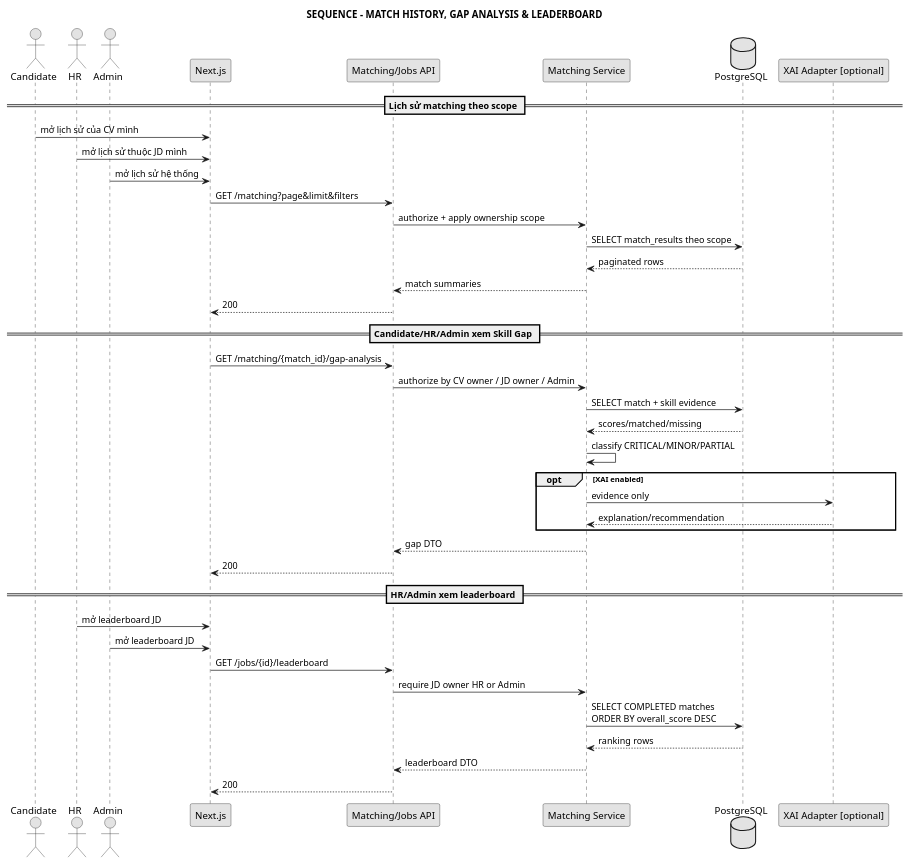
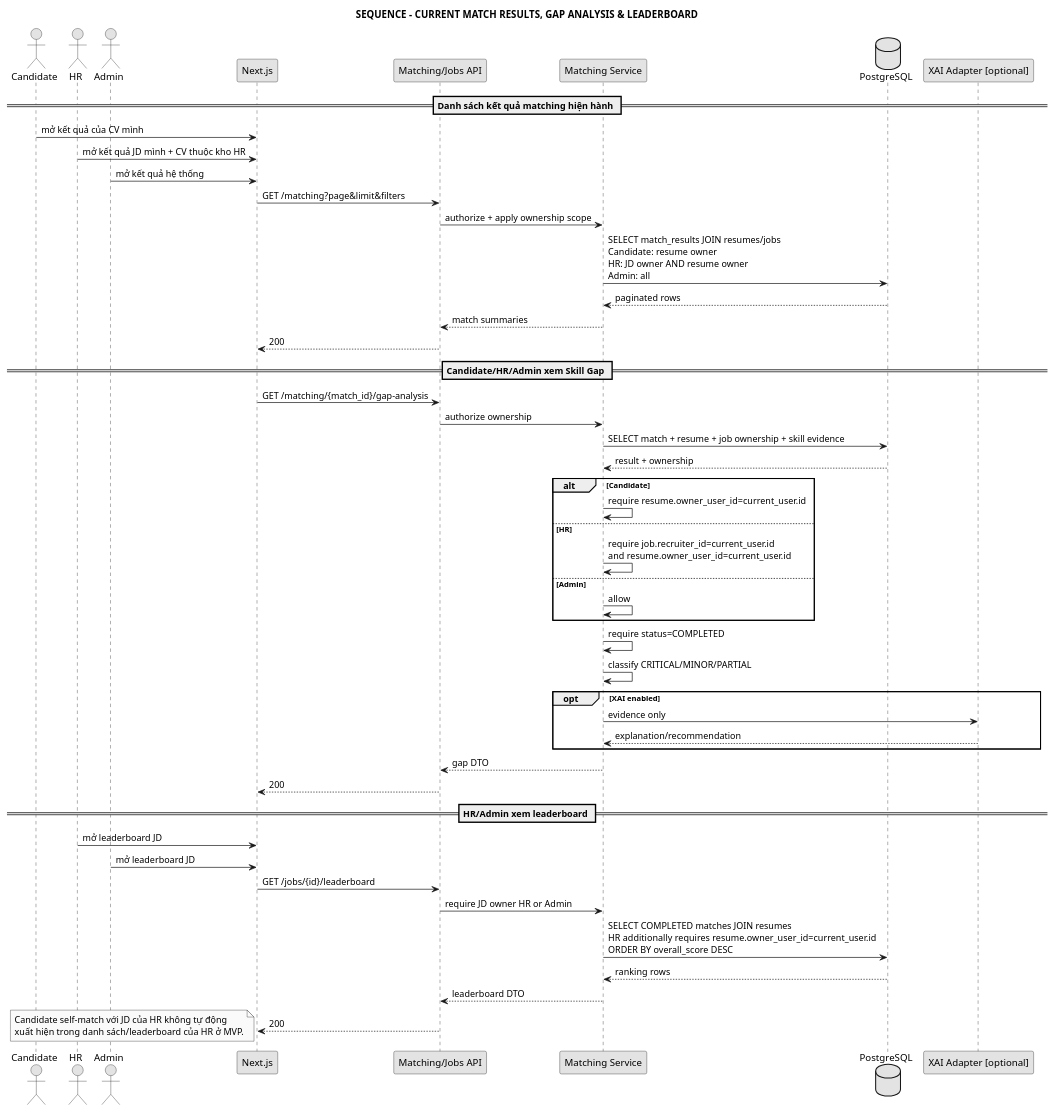
The diagram in docs/04_sequence/seq_gap_leaderboard.puml (anh632k-ui/WebCVUngVienTuyenDung), drawn with PlantUML before and after one commit.

Commit message:
fix(pttk): enforce match privacy in result and leaderboard sequence

```diff
--- a/docs/04_sequence/seq_gap_leaderboard.puml
+++ b/docs/04_sequence/seq_gap_leaderboard.puml
@@ -1,50 +1,63 @@
 @startuml
 skinparam monochrome true
 skinparam shadowing false
 
-title SEQUENCE - MATCH HISTORY, GAP ANALYSIS & LEADERBOARD
+title SEQUENCE - CURRENT MATCH RESULTS, GAP ANALYSIS & LEADERBOARD
 
 actor Candidate
 actor HR
 actor Admin
 participant "Next.js" as FE
 participant "Matching/Jobs API" as API
 participant "Matching Service" as Service
 database "PostgreSQL" as DB
 participant "XAI Adapter [optional]" as XAI
 
-== Lịch sử matching theo scope ==
-Candidate -> FE : mở lịch sử của CV mình
-HR -> FE : mở lịch sử thuộc JD mình
-Admin -> FE : mở lịch sử hệ thống
+== Danh sách kết quả matching hiện hành ==
+Candidate -> FE : mở kết quả của CV mình
+HR -> FE : mở kết quả JD mình + CV thuộc kho HR
+Admin -> FE : mở kết quả hệ thống
 FE -> API : GET /matching?page&limit&filters
 API -> Service : authorize + apply ownership scope
-Service -> DB : SELECT match_results theo scope
+Service -> DB : SELECT match_results JOIN resumes/jobs\nCandidate: resume owner\nHR: JD owner AND resume owner\nAdmin: all
 DB --> Service : paginated rows
 Service --> API : match summaries
 API --> FE : 200
 
 == Candidate/HR/Admin xem Skill Gap ==
 FE -> API : GET /matching/{match_id}/gap-analysis
-API -> Service : authorize by CV owner / JD owner / Admin
-Service -> DB : SELECT match + skill evidence
-DB --> Service : scores/matched/missing
+API -> Service : authorize ownership
+Service -> DB : SELECT match + resume + job ownership + skill evidence
+DB --> Service : result + ownership
+alt Candidate
+  Service -> Service : require resume.owner_user_id=current_user.id
+else HR
+  Service -> Service : require job.recruiter_id=current_user.id\nand resume.owner_user_id=current_user.id
+else Admin
+  Service -> Service : allow
+end
+Service -> Service : require status=COMPLETED
 Service -> Service : classify CRITICAL/MINOR/PARTIAL
 opt XAI enabled
   Service -> XAI : evidence only
   XAI --> Service : explanation/recommendation
 end
 Service --> API : gap DTO
 API --> FE : 200
 
 == HR/Admin xem leaderboard ==
 HR -> FE : mở leaderboard JD
 Admin -> FE : mở leaderboard JD
 FE -> API : GET /jobs/{id}/leaderboard
 API -> Service : require JD owner HR or Admin
-Service -> DB : SELECT COMPLETED matches\nORDER BY overall_score DESC
+Service -> DB : SELECT COMPLETED matches JOIN resumes\nHR additionally requires resume.owner_user_id=current_user.id\nORDER BY overall_score DESC
 DB --> Service : ranking rows
 Service --> API : leaderboard DTO
 API --> FE : 200
 
+note bottom
+  Candidate self-match với JD của HR không tự động
+  xuất hiện trong danh sách/leaderboard của HR ở MVP.
+end note
+
 @enduml
```
